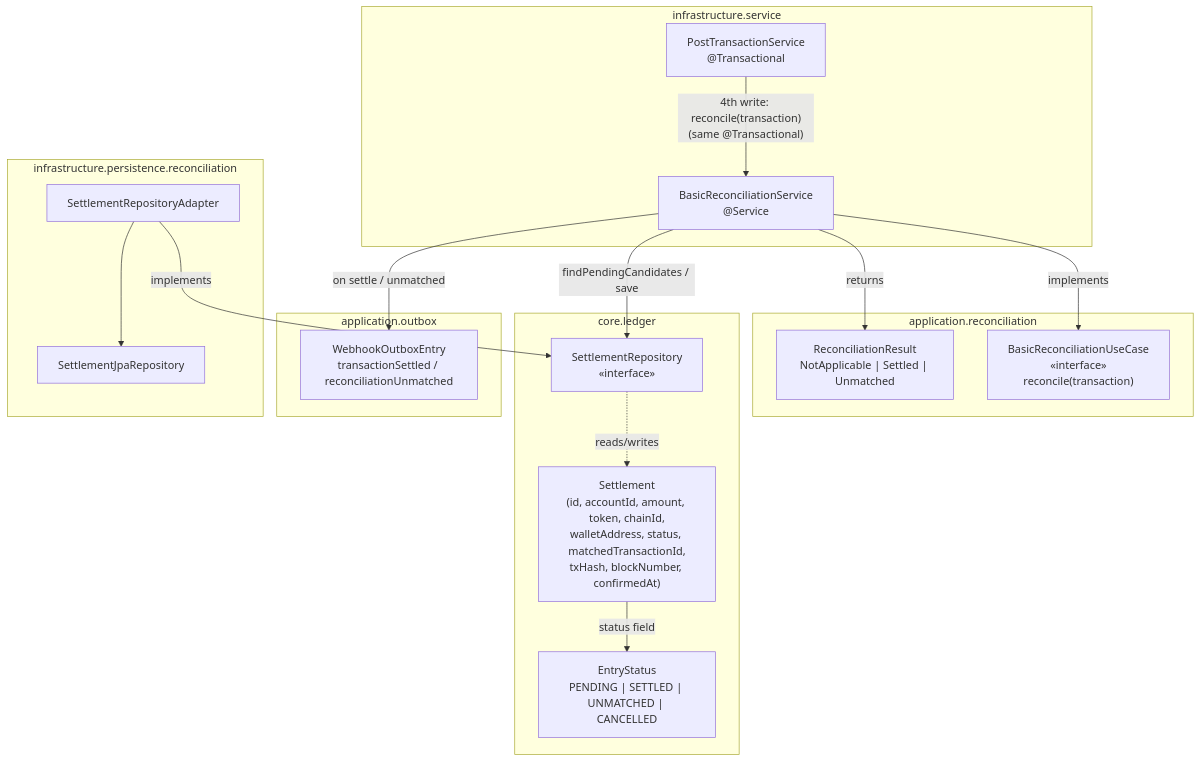
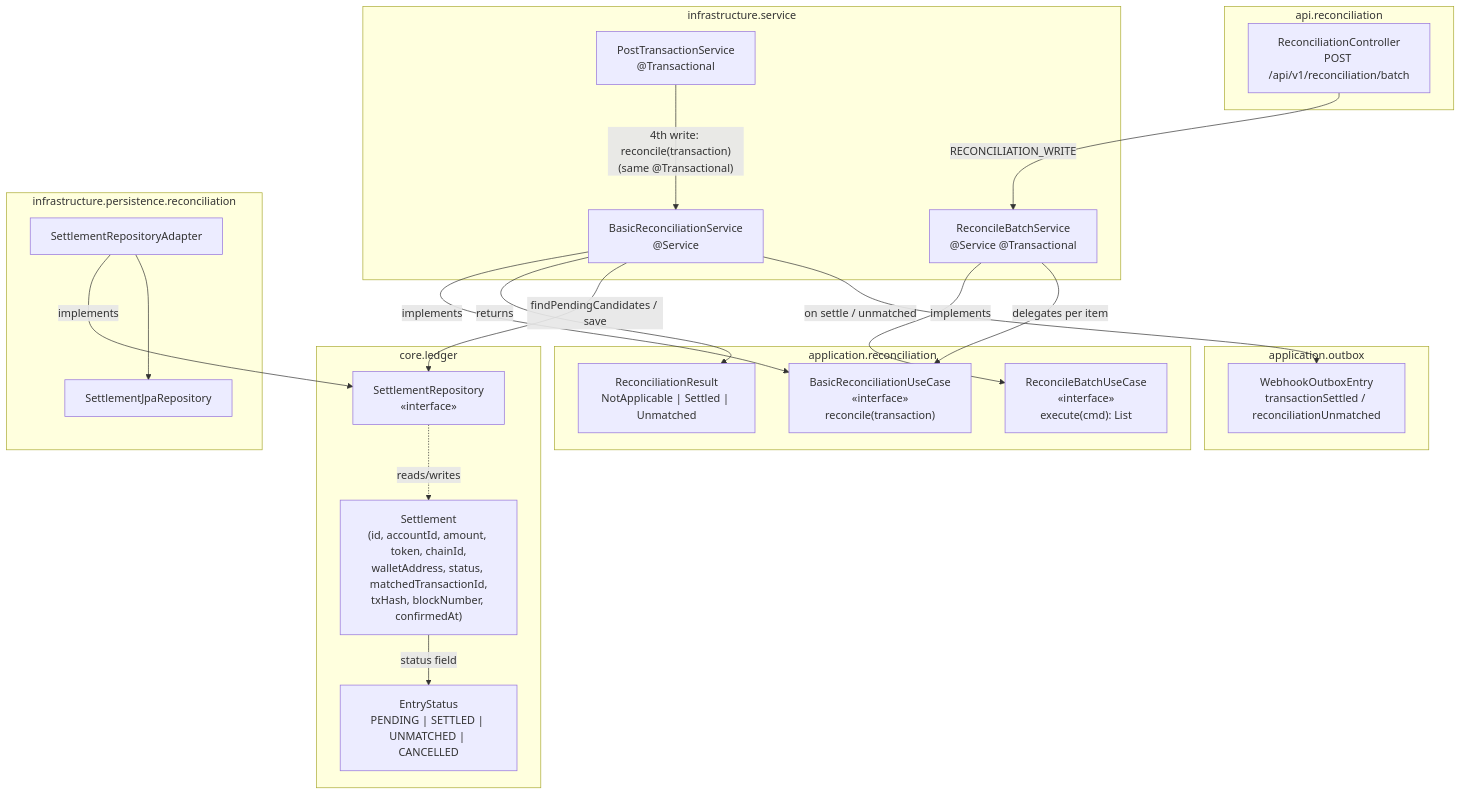
The first of 2 diagrams in docs/reconciliation.md (idem-finance/idem), drawn with Mermaid before and after one commit. The commit also changed other lines of this file and 1 other file, not shown here.

First line of the commit message:
docs: update domain-model and reconciliation docs to reflect recent merges

````diff
--- a/docs/reconciliation.md
+++ b/docs/reconciliation.md
@@ -159,37 +213,46 @@
 ```mermaid
 graph TD
     subgraph core.ledger
         Settlement["Settlement\n(id, accountId, amount, token, chainId,\nwalletAddress, status, matchedTransactionId,\ntxHash, blockNumber, confirmedAt)"]
         EntryStatus["EntryStatus\nPENDING | SETTLED | UNMATCHED | CANCELLED"]
         SR["SettlementRepository\n«interface»"]
     end
 
     subgraph application.reconciliation
         BRU["BasicReconciliationUseCase\n«interface»\nreconcile(transaction)"]
         RR["ReconciliationResult\nNotApplicable | Settled | Unmatched"]
+        RBC["ReconcileBatchUseCase\n«interface»\nexecute(cmd): List<ReconcileBatchItemResult>"]
     end
 
     subgraph application.outbox
         WOE["WebhookOutboxEntry\ntransactionSettled / reconciliationUnmatched"]
     end
 
     subgraph infrastructure.service
         PTS["PostTransactionService\n@Transactional"]
         BRS["BasicReconciliationService\n@Service"]
+        RBServ["ReconcileBatchService\n@Service @Transactional"]
     end
 
     subgraph infrastructure.persistence.reconciliation
         SRA["SettlementRepositoryAdapter"]
         SJR["SettlementJpaRepository"]
+    end
+
+    subgraph api.reconciliation
+        RC["ReconciliationController\nPOST /api/v1/reconciliation/batch"]
     end
 
     PTS -->|"4th write: reconcile(transaction)\n(same @Transactional)"| BRS
     BRS -->|"implements"| BRU
     BRS -->|"returns"| RR
     BRS -->|"findPendingCandidates / save"| SR
     SRA -->|"implements"| SR
     SRA --> SJR
     BRS -->|"on settle / unmatched"| WOE
     SR -.->|"reads/writes"| Settlement
     Settlement -->|"status field"| EntryStatus
+    RC -->|"RECONCILIATION_WRITE"| RBServ
+    RBServ -->|"implements"| RBC
+    RBServ -->|"delegates per item"| BRU
 ```
````
